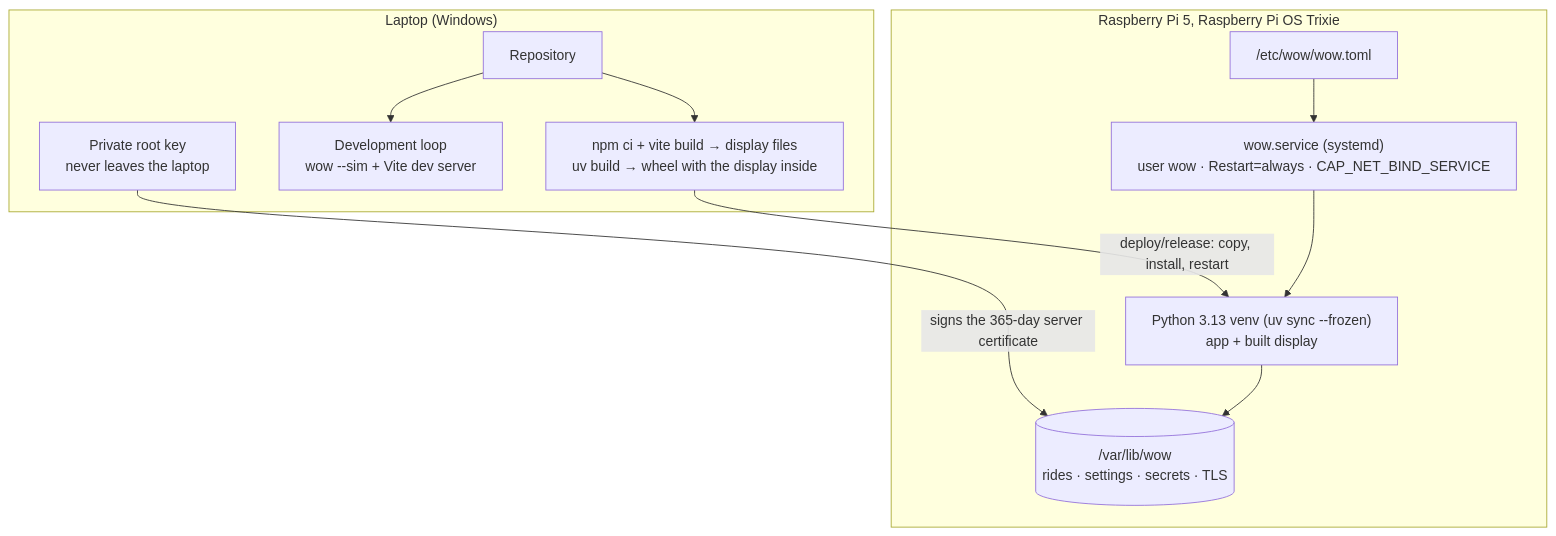
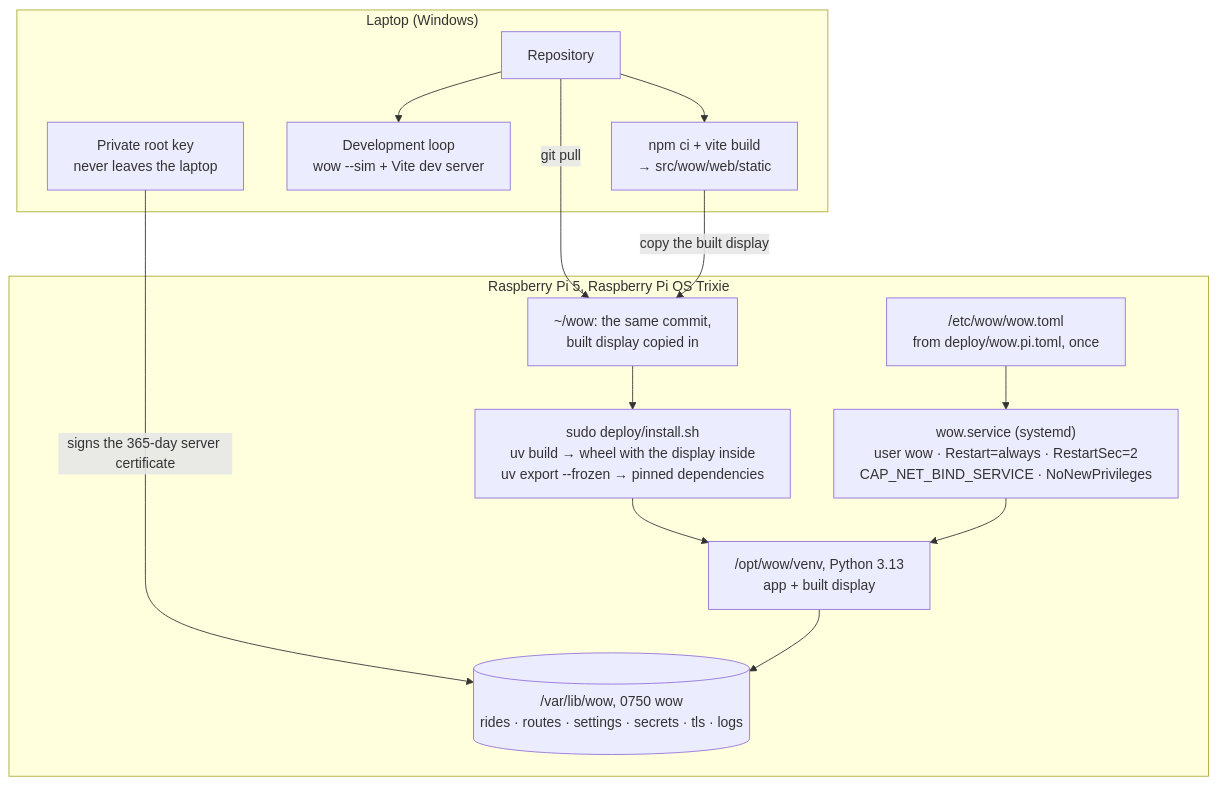
The third of 10 diagrams in docs/phase3-arch.md (ferdean/wow), drawn with Mermaid before and after one commit. The commit also changed other lines of this file, not shown here.

First line of the commit message:
Phase 3A architecture, revision 6: Phase 5 changes

````diff
--- a/docs/phase3-arch.md
+++ b/docs/phase3-arch.md
@@ -85,27 +85,31 @@
 ```mermaid
 ---
 config:
   flowchart:
     wrappingWidth: 460
 ---
 flowchart TB
     subgraph lap["Laptop (Windows)"]
         repo["Repository"]
-        build["npm ci + vite build → display files<br/>uv build → wheel with the display inside"]
+        build["npm ci + vite build<br/>→ src/wow/web/static"]
         dev["Development loop<br/>wow --sim + Vite dev server"]
         key["Private root key<br/>never leaves the laptop"]
     end
     subgraph pi["Raspberry Pi 5, Raspberry Pi OS Trixie"]
-        svc["wow.service (systemd)<br/>user wow · Restart=always · CAP_NET_BIND_SERVICE"]
-        venv["Python 3.13 venv (uv sync --frozen)<br/>app + built display"]
-        cfg["/etc/wow/wow.toml"]
-        data[("/var/lib/wow<br/>rides · settings · secrets · TLS")]
+        clone["~/wow: the same commit,<br/>built display copied in"]
+        inst["sudo deploy/install.sh<br/>uv build → wheel with the display inside<br/>uv export --frozen → pinned dependencies"]
+        venv["/opt/wow/venv, Python 3.13<br/>app + built display"]
+        svc["wow.service (systemd)<br/>user wow · Restart=always · RestartSec=2<br/>CAP_NET_BIND_SERVICE · NoNewPrivileges"]
+        cfg["/etc/wow/wow.toml<br/>from deploy/wow.pi.toml, once"]
+        data[("/var/lib/wow, 0750 wow<br/>rides · routes · settings · secrets · tls · logs")]
     end
     repo --> build
     repo --> dev
-    build -->|"deploy/release: copy, install, restart"| venv
+    repo -->|"git pull"| clone
+    build -->|"copy the built display"| clone
+    clone --> inst --> venv
     key -->|"signs the 365-day server certificate"| data
     svc --> venv
     cfg --> svc
     venv --> data
 ```
````
